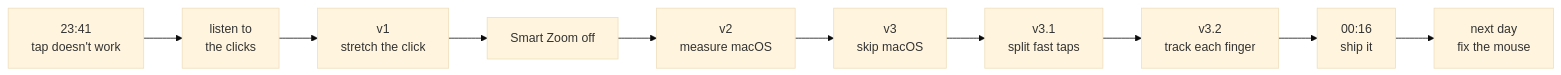
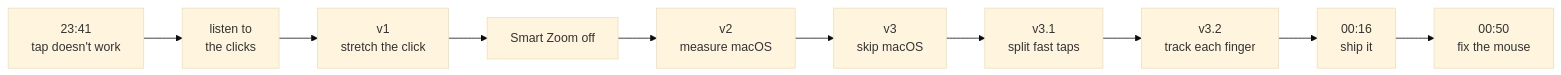
The first of 4 diagrams in docs/DEVLOG.md (and-riu/lot_macOS), drawn with Mermaid (base theme) before and after one commit. The commit also changed other lines of this file, not shown here.

Commit message:
Devlog: correct the timeline of the mouse fix

````diff
--- a/docs/DEVLOG.md
+++ b/docs/DEVLOG.md
@@ -7,11 +7,11 @@
 ```mermaid
 flowchart LR
     A[23:41<br/>tap doesn't work] --> B[listen to<br/>the clicks]
     B --> C[v1<br/>stretch the click]
     C --> D[Smart Zoom off]
     D --> E[v2<br/>measure macOS]
     E --> F[v3<br/>skip macOS]
     F --> G[v3.1<br/>split fast taps]
     G --> H[v3.2<br/>track each finger]
-    H --> I[00:16<br/>ship it] --> J[next day<br/>fix the mouse]
+    H --> I[00:16<br/>ship it] --> J[00:50<br/>fix the mouse]
 ```
````
